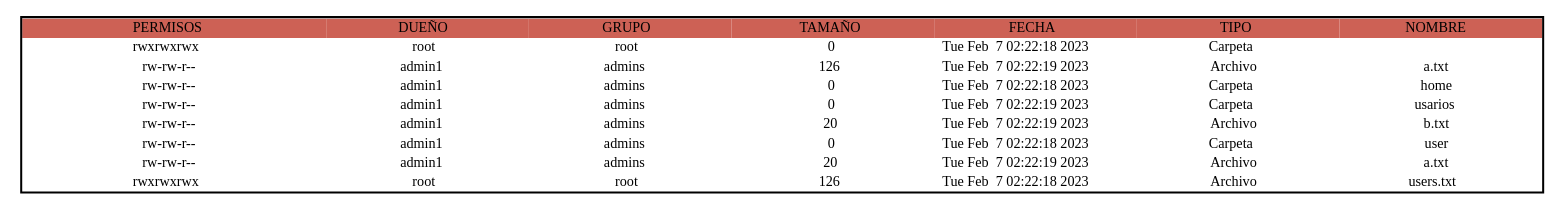
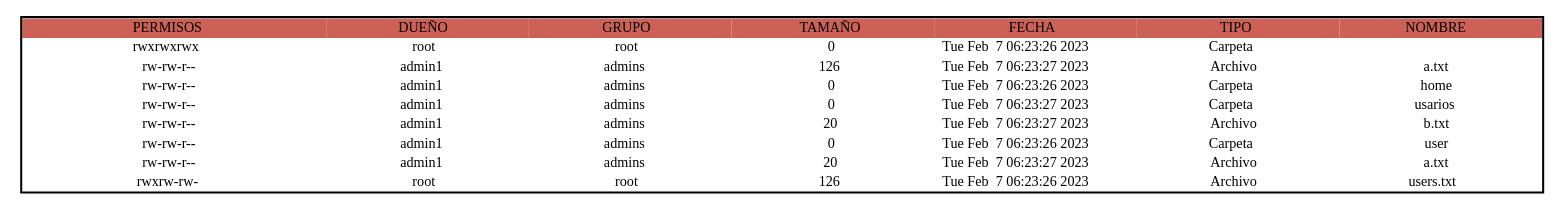
Before and after one commit to JJONK19/-MIA-P1_201909035: the diagram in grafo.dot, drawn with Graphviz. The commit also changed 10 other files, not shown here.

```diff
--- a/grafo.dot
+++ b/grafo.dot
@@ -1,9 +1,9 @@
-digraph mbr {node [shape=plaintext] struct1 [label= <<TABLE BORDER='2' CELLBORDER='0' CELLSPACING='0'><TR><TD BGCOLOR='#cd6155' WIDTH='300'>PERMISOS</TD><TD WIDTH='200' BGCOLOR='#cd6155'>DUEÑO</TD><TD WIDTH='200' BGCOLOR='#cd6155'>GRUPO</TD><TD WIDTH='200' BGCOLOR='#cd6155'>TAMAÑO</TD><TD WIDTH='200' BGCOLOR='#cd6155'>FECHA</TD><TD WIDTH='200' BGCOLOR='#cd6155'>TIPO</TD><TD WIDTH='200' BGCOLOR='#cd6155'>NOMBRE</TD></TR><TR><TD WIDTH='100'>rwxrwxrwx</TD><TD WIDTH='100'>root</TD><TD WIDTH='100'>root</TD><TD WIDTH='100'>0</TD><TD WIDTH='100'>Tue Feb  7 02:22:18 2023
-</TD><TD WIDTH='100'>Carpeta</TD><TD WIDTH='100'></TD></TR><TR><TD WIDTH='100'>rw-rw-r--</TD><TD WIDTH='100'>admin1</TD><TD WIDTH='100'>admins</TD><TD WIDTH='100'>126</TD><TD WIDTH='100'>Tue Feb  7 02:22:19 2023
-</TD><TD WIDTH='100'>Archivo</TD><TD WIDTH='100'>a.txt</TD></TR><TR><TD WIDTH='100'>rw-rw-r--</TD><TD WIDTH='100'>admin1</TD><TD WIDTH='100'>admins</TD><TD WIDTH='100'>0</TD><TD WIDTH='100'>Tue Feb  7 02:22:18 2023
-</TD><TD WIDTH='100'>Carpeta</TD><TD WIDTH='100'>home</TD></TR><TR><TD WIDTH='100'>rw-rw-r--</TD><TD WIDTH='100'>admin1</TD><TD WIDTH='100'>admins</TD><TD WIDTH='100'>0</TD><TD WIDTH='100'>Tue Feb  7 02:22:19 2023
-</TD><TD WIDTH='100'>Carpeta</TD><TD WIDTH='100'>usarios</TD></TR><TR><TD WIDTH='100'>rw-rw-r--</TD><TD WIDTH='100'>admin1</TD><TD WIDTH='100'>admins</TD><TD WIDTH='100'>20</TD><TD WIDTH='100'>Tue Feb  7 02:22:19 2023
-</TD><TD WIDTH='100'>Archivo</TD><TD WIDTH='100'>b.txt</TD></TR><TR><TD WIDTH='100'>rw-rw-r--</TD><TD WIDTH='100'>admin1</TD><TD WIDTH='100'>admins</TD><TD WIDTH='100'>0</TD><TD WIDTH='100'>Tue Feb  7 02:22:18 2023
-</TD><TD WIDTH='100'>Carpeta</TD><TD WIDTH='100'>user</TD></TR><TR><TD WIDTH='100'>rw-rw-r--</TD><TD WIDTH='100'>admin1</TD><TD WIDTH='100'>admins</TD><TD WIDTH='100'>20</TD><TD WIDTH='100'>Tue Feb  7 02:22:19 2023
-</TD><TD WIDTH='100'>Archivo</TD><TD WIDTH='100'>a.txt</TD></TR><TR><TD WIDTH='100'>rwxrwxrwx</TD><TD WIDTH='100'>root</TD><TD WIDTH='100'>root</TD><TD WIDTH='100'>126</TD><TD WIDTH='100'>Tue Feb  7 02:22:18 2023
+digraph mbr {node [shape=plaintext] struct1 [label= <<TABLE BORDER='2' CELLBORDER='0' CELLSPACING='0'><TR><TD BGCOLOR='#cd6155' WIDTH='300'>PERMISOS</TD><TD WIDTH='200' BGCOLOR='#cd6155'>DUEÑO</TD><TD WIDTH='200' BGCOLOR='#cd6155'>GRUPO</TD><TD WIDTH='200' BGCOLOR='#cd6155'>TAMAÑO</TD><TD WIDTH='200' BGCOLOR='#cd6155'>FECHA</TD><TD WIDTH='200' BGCOLOR='#cd6155'>TIPO</TD><TD WIDTH='200' BGCOLOR='#cd6155'>NOMBRE</TD></TR><TR><TD WIDTH='100'>rwxrwxrwx</TD><TD WIDTH='100'>root</TD><TD WIDTH='100'>root</TD><TD WIDTH='100'>0</TD><TD WIDTH='100'>Tue Feb  7 06:23:26 2023
+</TD><TD WIDTH='100'>Carpeta</TD><TD WIDTH='100'></TD></TR><TR><TD WIDTH='100'>rw-rw-r--</TD><TD WIDTH='100'>admin1</TD><TD WIDTH='100'>admins</TD><TD WIDTH='100'>126</TD><TD WIDTH='100'>Tue Feb  7 06:23:27 2023
+</TD><TD WIDTH='100'>Archivo</TD><TD WIDTH='100'>a.txt</TD></TR><TR><TD WIDTH='100'>rw-rw-r--</TD><TD WIDTH='100'>admin1</TD><TD WIDTH='100'>admins</TD><TD WIDTH='100'>0</TD><TD WIDTH='100'>Tue Feb  7 06:23:26 2023
+</TD><TD WIDTH='100'>Carpeta</TD><TD WIDTH='100'>home</TD></TR><TR><TD WIDTH='100'>rw-rw-r--</TD><TD WIDTH='100'>admin1</TD><TD WIDTH='100'>admins</TD><TD WIDTH='100'>0</TD><TD WIDTH='100'>Tue Feb  7 06:23:27 2023
+</TD><TD WIDTH='100'>Carpeta</TD><TD WIDTH='100'>usarios</TD></TR><TR><TD WIDTH='100'>rw-rw-r--</TD><TD WIDTH='100'>admin1</TD><TD WIDTH='100'>admins</TD><TD WIDTH='100'>20</TD><TD WIDTH='100'>Tue Feb  7 06:23:27 2023
+</TD><TD WIDTH='100'>Archivo</TD><TD WIDTH='100'>b.txt</TD></TR><TR><TD WIDTH='100'>rw-rw-r--</TD><TD WIDTH='100'>admin1</TD><TD WIDTH='100'>admins</TD><TD WIDTH='100'>0</TD><TD WIDTH='100'>Tue Feb  7 06:23:26 2023
+</TD><TD WIDTH='100'>Carpeta</TD><TD WIDTH='100'>user</TD></TR><TR><TD WIDTH='100'>rw-rw-r--</TD><TD WIDTH='100'>admin1</TD><TD WIDTH='100'>admins</TD><TD WIDTH='100'>20</TD><TD WIDTH='100'>Tue Feb  7 06:23:27 2023
+</TD><TD WIDTH='100'>Archivo</TD><TD WIDTH='100'>a.txt</TD></TR><TR><TD WIDTH='100'>rwxrw-rw-</TD><TD WIDTH='100'>root</TD><TD WIDTH='100'>root</TD><TD WIDTH='100'>126</TD><TD WIDTH='100'>Tue Feb  7 06:23:26 2023
 </TD><TD WIDTH='100'>Archivo</TD><TD WIDTH='100'>users.txt</TD></TR></TABLE>>];}
```
